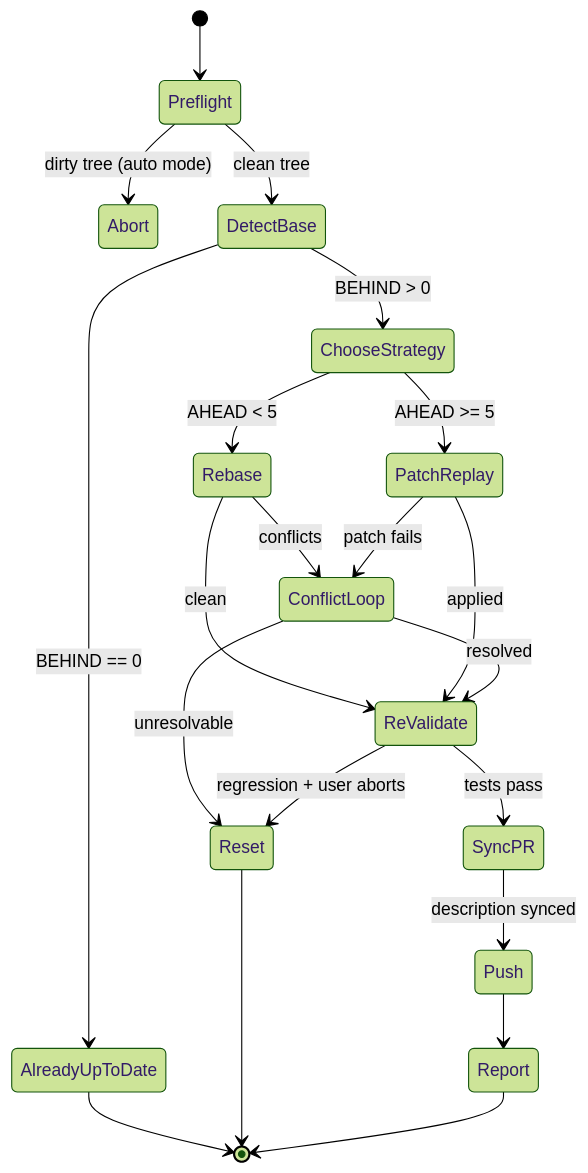
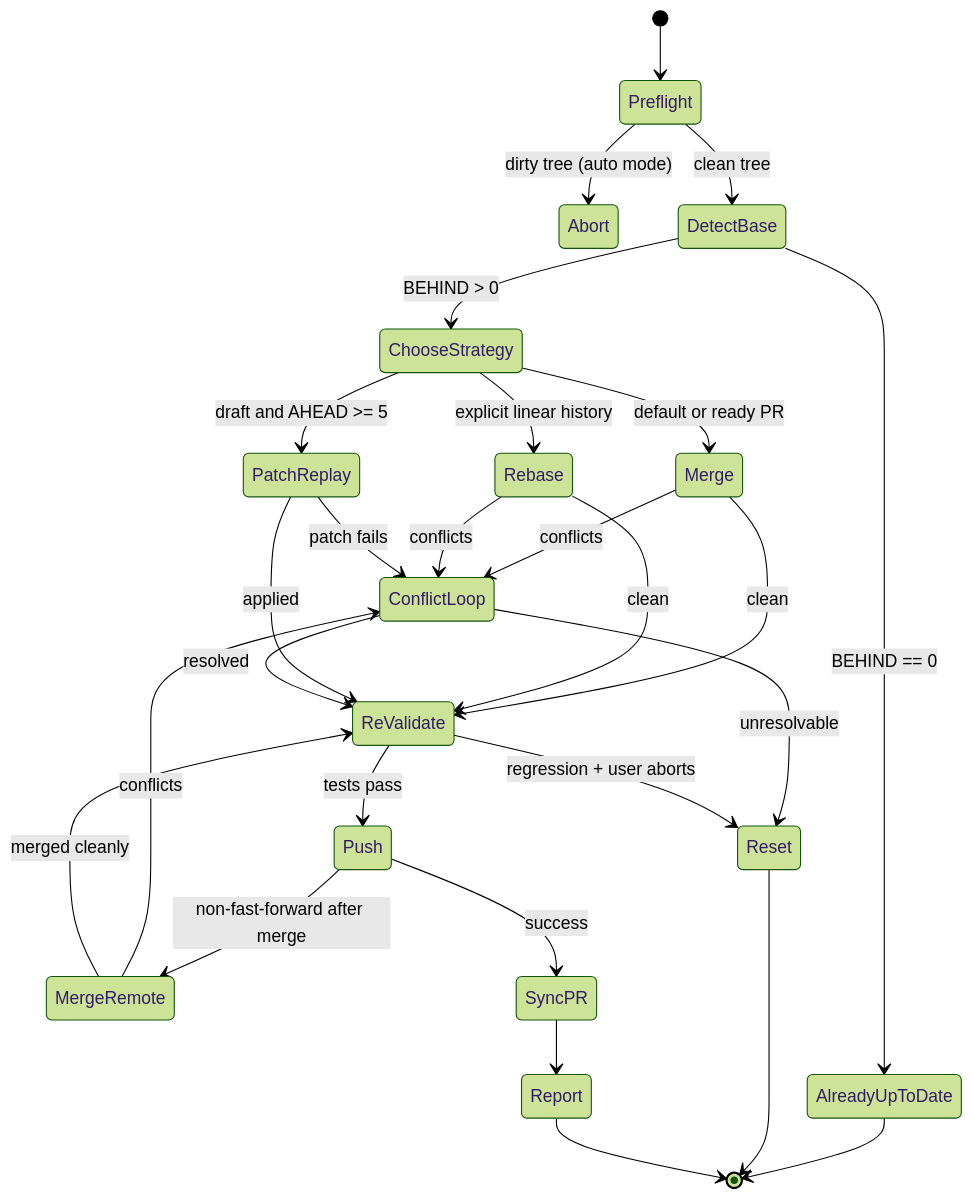
Before and after one commit to whizzzkid/skills: the diagram in skills/pr-update/README.md, drawn with Mermaid (forest theme). The commit also changed other lines of this file and 3 other files, not shown here.

First line of the commit message:
fix(pr-update): 🛡️ preserve concurrent remote history

````diff
--- a/skills/pr-update/README.md
+++ b/skills/pr-update/README.md
@@ -17,23 +18,29 @@
 ```mermaid
 stateDiagram-v2
     [*] --> Preflight
     Preflight --> Abort: dirty tree (auto mode)
     Preflight --> DetectBase: clean tree
     DetectBase --> AlreadyUpToDate: BEHIND == 0
     AlreadyUpToDate --> [*]
     DetectBase --> ChooseStrategy: BEHIND > 0
-    ChooseStrategy --> Rebase: AHEAD < 5
-    ChooseStrategy --> PatchReplay: AHEAD >= 5
+    ChooseStrategy --> Merge: default or ready PR
+    ChooseStrategy --> Rebase: explicit linear history
+    ChooseStrategy --> PatchReplay: draft and AHEAD >= 5
+    Merge --> ConflictLoop: conflicts
     Rebase --> ConflictLoop: conflicts
     PatchReplay --> ConflictLoop: patch fails
+    Merge --> ReValidate: clean
     Rebase --> ReValidate: clean
     PatchReplay --> ReValidate: applied
     ConflictLoop --> ReValidate: resolved
     ConflictLoop --> Reset: unresolvable
     Reset --> [*]
-    ReValidate --> SyncPR: tests pass
+    ReValidate --> Push: tests pass
     ReValidate --> Reset: regression + user aborts
-    SyncPR --> Push: description synced
-    Push --> Report
+    Push --> MergeRemote: non-fast-forward after merge
+    MergeRemote --> ConflictLoop: conflicts
+    MergeRemote --> ReValidate: merged cleanly
+    Push --> SyncPR: success
+    SyncPR --> Report
     Report --> [*]
 ```
````
